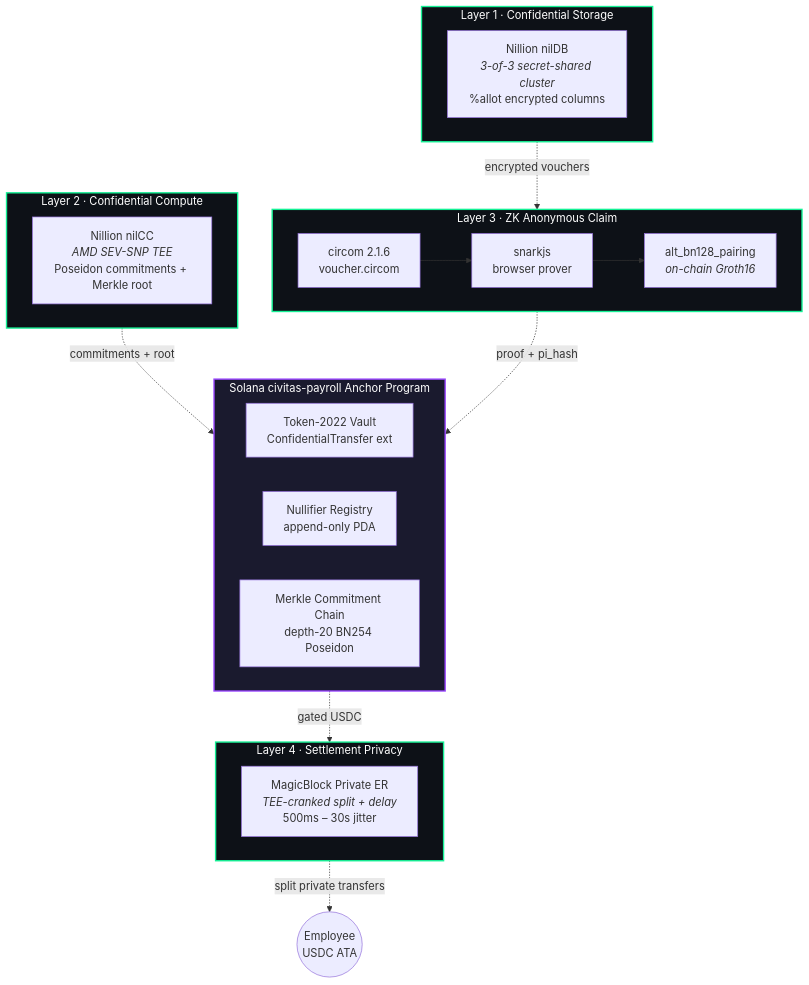
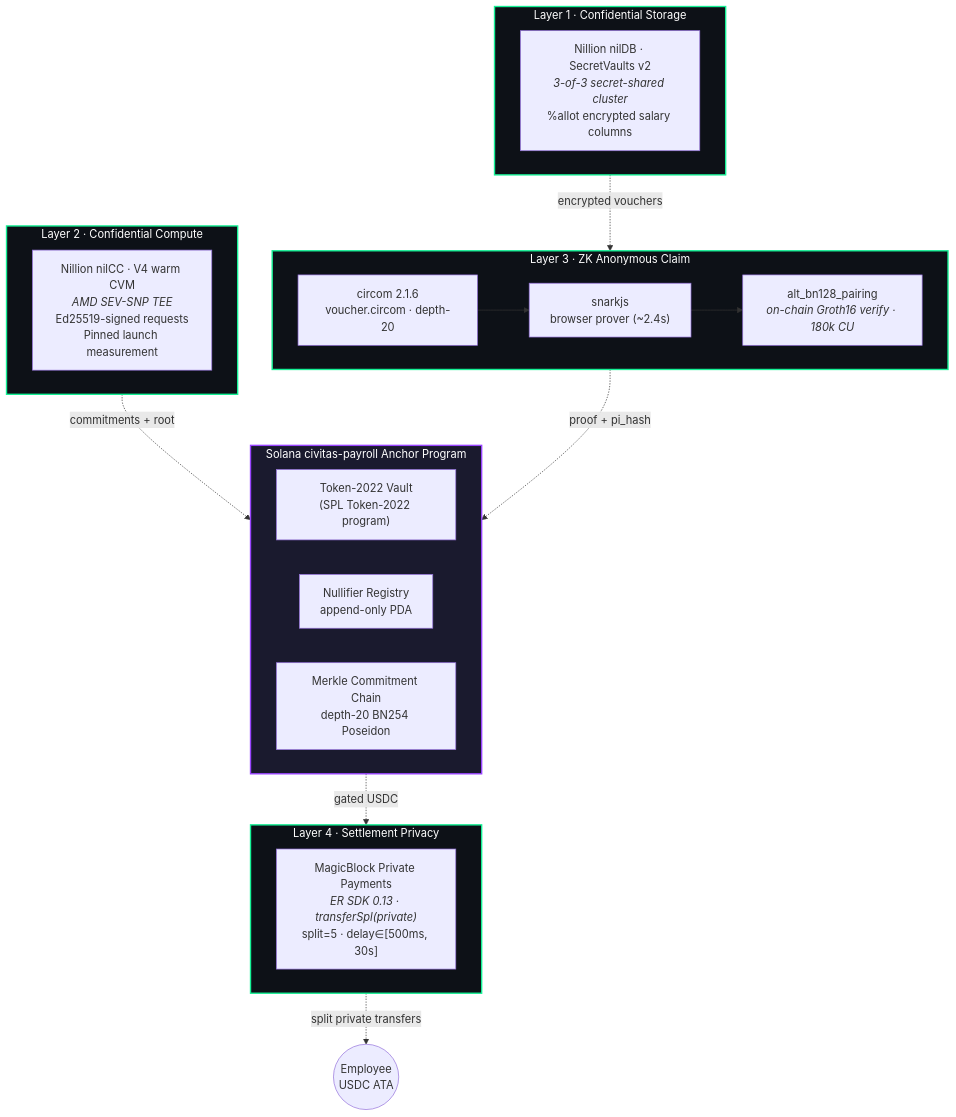
Before and after one commit to MeetCivitas/Civitas-SOL: the first of 5 diagrams in README.md, drawn with Mermaid. The commit also changed other lines of this file and 9 other files, not shown here.

````diff
--- a/README.md
+++ b/README.md
@@ -37,34 +38,34 @@
 ```mermaid
 flowchart TB
     subgraph L1["Layer 1 · Confidential Storage"]
-        nildb["Nillion nilDB<br/><i>3-of-3 secret-shared cluster</i><br/>%allot encrypted columns"]
+        nildb["Nillion nilDB · SecretVaults v2<br/><i>3-of-3 secret-shared cluster</i><br/>%allot encrypted salary columns"]
     end
     subgraph L2["Layer 2 · Confidential Compute"]
-        nilcc["Nillion nilCC<br/><i>AMD SEV-SNP TEE</i><br/>Poseidon commitments + Merkle root"]
+        nilcc["Nillion nilCC · V4 warm CVM<br/><i>AMD SEV-SNP TEE</i><br/>Ed25519-signed requests<br/>Pinned launch measurement"]
     end
     subgraph L3["Layer 3 · ZK Anonymous Claim"]
-        circom["circom 2.1.6<br/>voucher.circom"]
-        snarkjs["snarkjs<br/>browser prover"]
-        verifier["alt_bn128_pairing<br/><i>on-chain Groth16</i>"]
+        circom["circom 2.1.6<br/>voucher.circom · depth-20"]
+        snarkjs["snarkjs<br/>browser prover (~2.4s)"]
+        verifier["alt_bn128_pairing<br/><i>on-chain Groth16 verify · 180k CU</i>"]
         circom --> snarkjs --> verifier
     end
     subgraph L4["Layer 4 · Settlement Privacy"]
-        magicblock["MagicBlock Private ER<br/><i>TEE-cranked split + delay</i><br/>500ms – 30s jitter"]
+        magicblock["MagicBlock Private Payments<br/><i>ER SDK 0.13 · transferSpl(private)</i><br/>split=5 · delay∈[500ms, 30s]"]
     end
     subgraph ANCHOR["Solana civitas-payroll Anchor Program"]
-        vault["Token-2022 Vault<br/>ConfidentialTransfer ext"]
+        vault["Token-2022 Vault<br/>(SPL Token-2022 program)"]
         nullifier["Nullifier Registry<br/>append-only PDA"]
         merkle["Merkle Commitment Chain<br/>depth-20 BN254 Poseidon"]
     end
 
     L1 -.encrypted vouchers.-> L3
     L2 -.commitments + root.-> ANCHOR
     L3 -.proof + pi_hash.-> ANCHOR
     ANCHOR -.gated USDC.-> L4
     L4 -.split private transfers.-> employee((Employee<br/>USDC ATA))
 
     classDef layer fill:#0d1117,stroke:#14F195,stroke-width:2px,color:#fff
     classDef anchor fill:#1a1a2e,stroke:#9945FF,stroke-width:2px,color:#fff
     class L1,L2,L3,L4 layer
     class ANCHOR anchor
 ```
````
